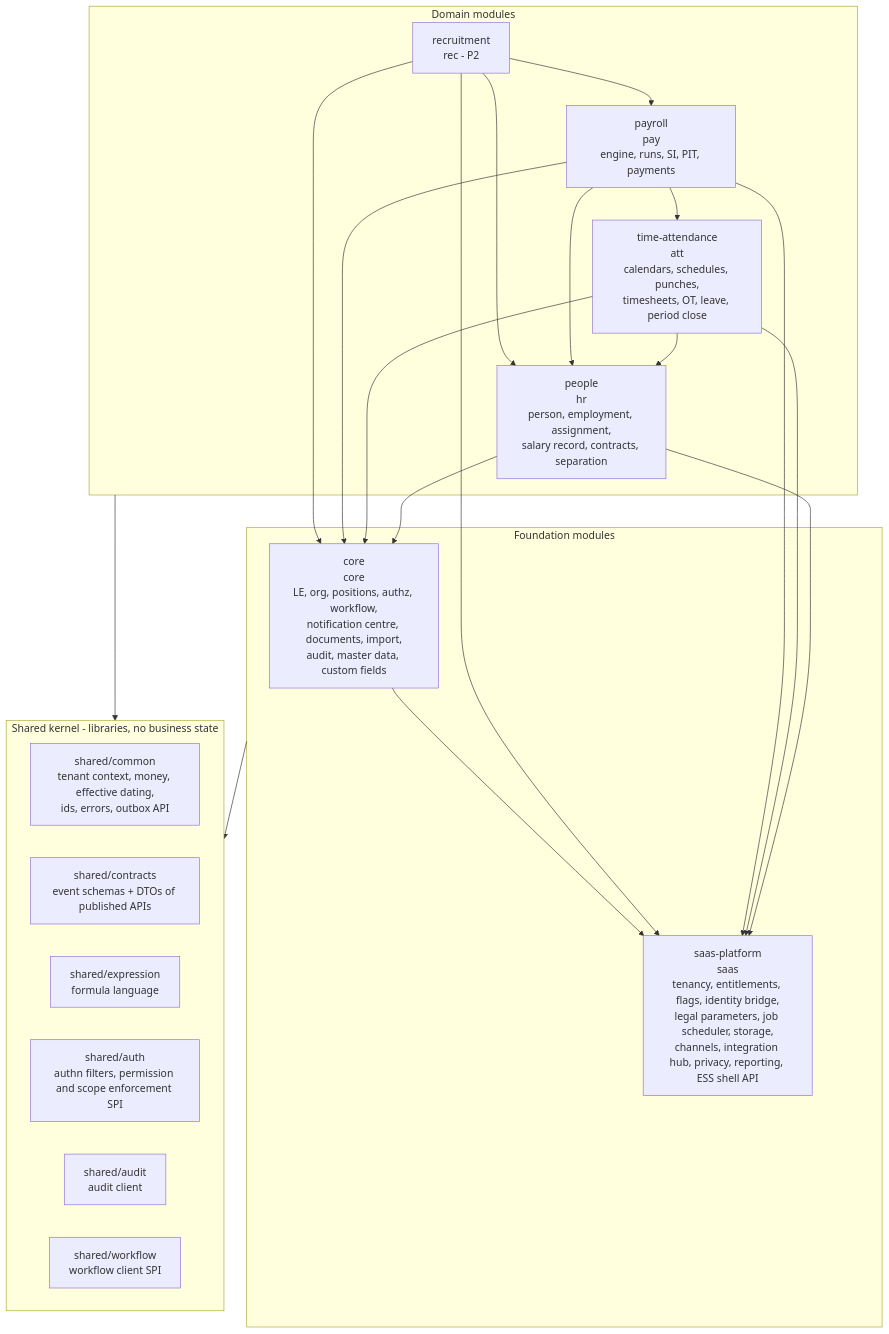
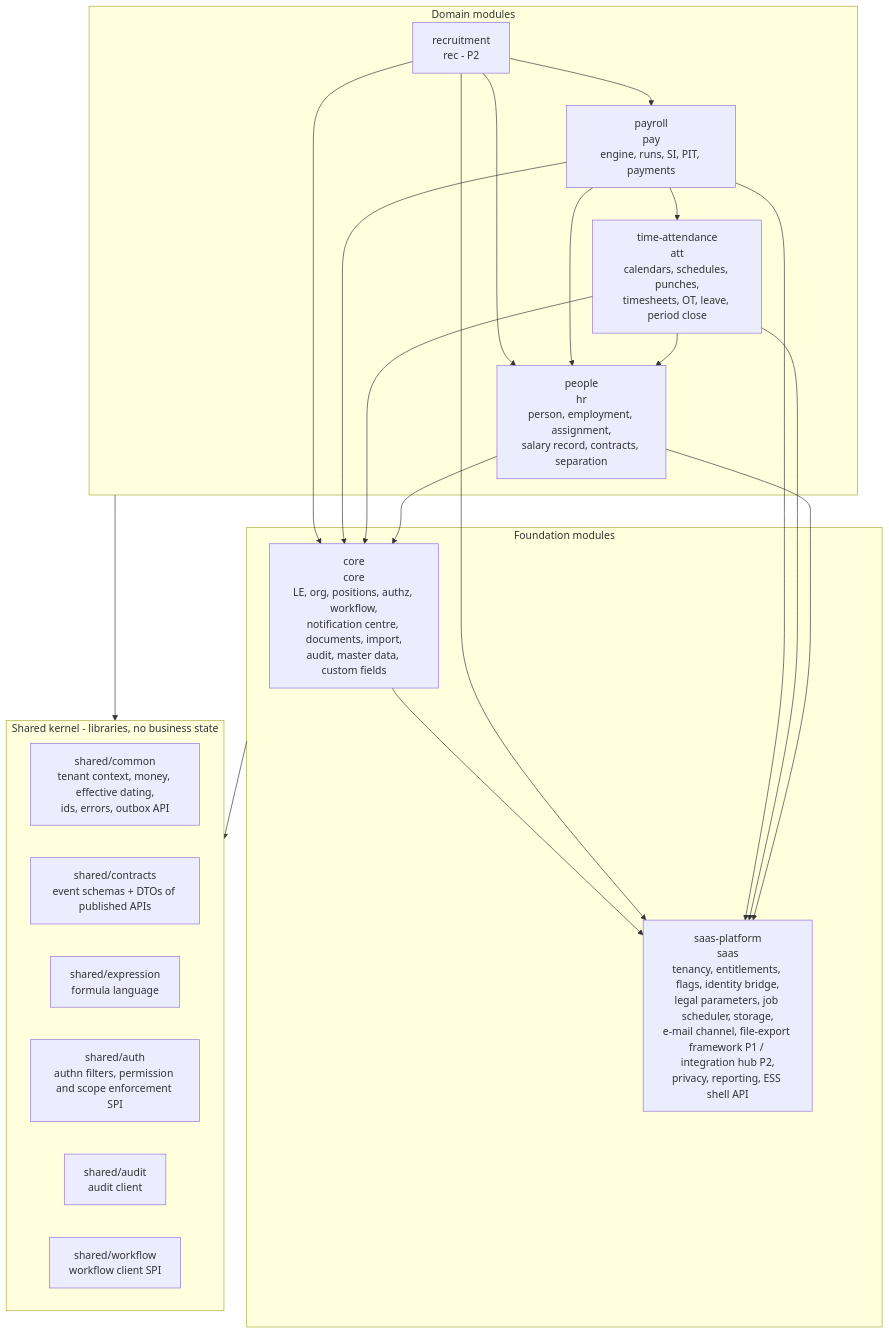
One commit to triluu-gms/YourHRM changed the third of 12 diagrams in docs/02-architecture/architecture-overview.md. Above: the diagram before and after it, drawn with Mermaid. The commit also changed other lines of this file and 30 other files, not shown here.

First line of the commit message:
Apply round 2 decisions across BRDs, gap analysis and architecture

````diff
--- a/docs/02-architecture/architecture-overview.md
+++ b/docs/02-architecture/architecture-overview.md
@@ -226,31 +248,31 @@
 ```mermaid
 flowchart TB
   subgraph Feature[Domain modules]
     REC[recruitment<br/>rec - P2]
     PAY[payroll<br/>pay<br/>engine, runs, SI, PIT, payments]
     ATT[time-attendance<br/>att<br/>calendars, schedules, punches,<br/>timesheets, OT, leave, period close]
     PPL[people<br/>hr<br/>person, employment, assignment,<br/>salary record, contracts, separation]
   end
   subgraph Foundation[Foundation modules]
     CORE[core<br/>core<br/>LE, org, positions, authz, workflow,<br/>notification centre, documents, import,<br/>audit, master data, custom fields]
-    SAAS[saas-platform<br/>saas<br/>tenancy, entitlements, flags, identity bridge,<br/>legal parameters, job scheduler, storage,<br/>channels, integration hub, privacy, reporting, ESS shell API]
+    SAAS[saas-platform<br/>saas<br/>tenancy, entitlements, flags, identity bridge,<br/>legal parameters, job scheduler, storage,<br/>e-mail channel, file-export framework P1 / integration hub P2,<br/>privacy, reporting, ESS shell API]
   end
   subgraph Kernel[Shared kernel - libraries, no business state]
     COM[shared/common<br/>tenant context, money, effective dating,<br/>ids, errors, outbox API]
     CON[shared/contracts<br/>event schemas + DTOs of published APIs]
     EXP[shared/expression<br/>formula language]
     AUTH[shared/auth<br/>authn filters, permission and scope enforcement SPI]
     AUD[shared/audit<br/>audit client]
     WFL[shared/workflow<br/>workflow client SPI]
   end
 
   REC --> PAY
   REC --> PPL
   PAY --> ATT
   PAY --> PPL
   ATT --> PPL
   REC & PAY & ATT & PPL --> CORE
   CORE --> SAAS
   REC & PAY & ATT & PPL --> SAAS
   Feature & Foundation --> Kernel
 ```
````
